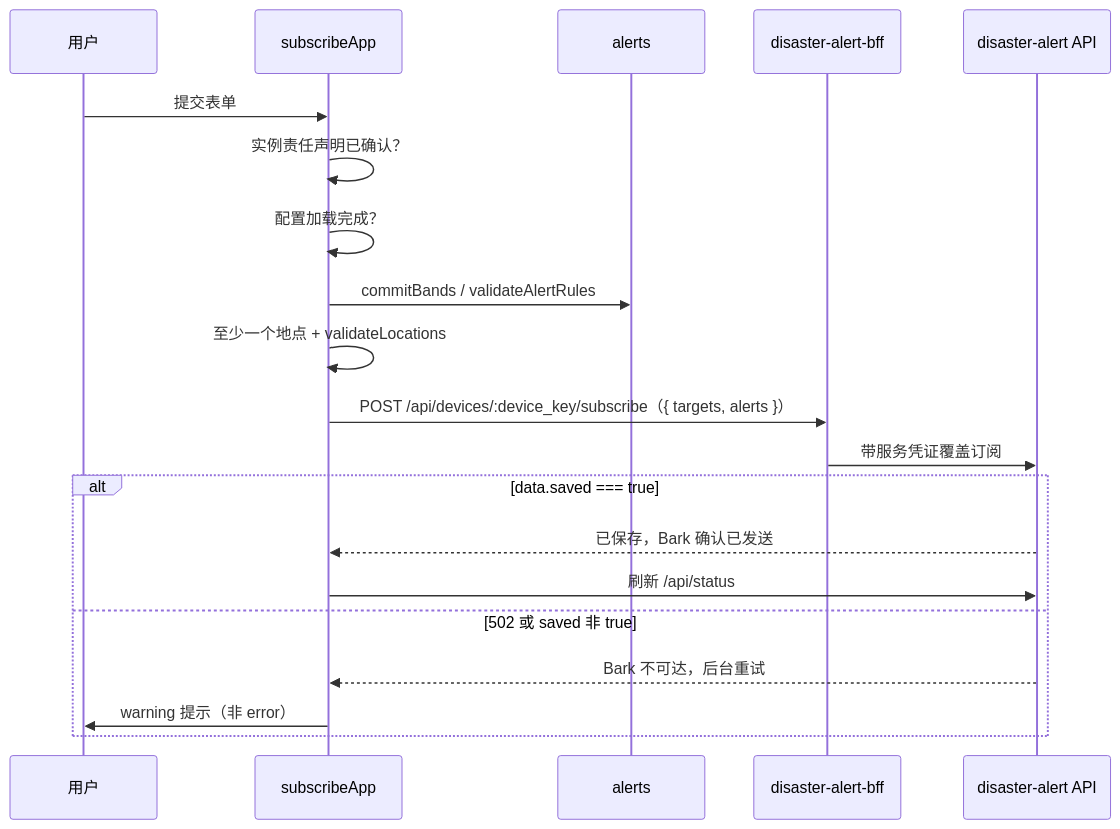
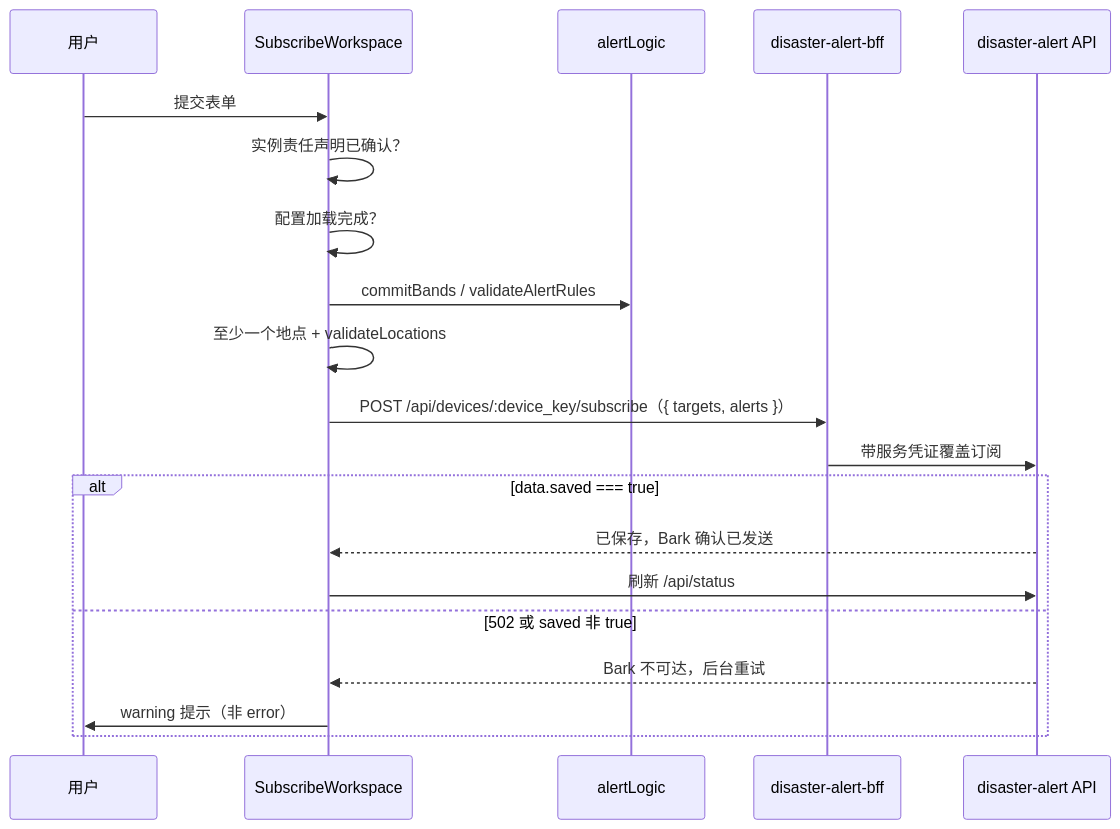
The fifth of 8 diagrams in docs/architecture.md (luyi2008/disaster-alert-web), drawn with Mermaid before and after one commit. The commit also changed other lines of this file and 83 other files, not shown here.

````diff
--- a/docs/architecture.md
+++ b/docs/architecture.md
@@ -258,23 +221,23 @@
 ```mermaid
 sequenceDiagram
     participant U as 用户
-    participant A as subscribeApp
-    participant AL as alerts
+    participant A as SubscribeWorkspace
+    participant AL as alertLogic
     participant BFF as disaster-alert-bff
     participant API as disaster-alert API
 
     U->>A: 提交表单
     A->>A: 实例责任声明已确认？
     A->>A: 配置加载完成？
     A->>AL: commitBands / validateAlertRules
     A->>A: 至少一个地点 + validateLocations
     A->>BFF: POST /api/devices/:device_key/subscribe（{ targets, alerts }）
     BFF->>API: 带服务凭证覆盖订阅
     alt data.saved === true
         API-->>A: 已保存，Bark 确认已发送
         A->>API: 刷新 /api/status
     else 502 或 saved 非 true
         API-->>A: Bark 不可达，后台重试
         A->>U: warning 提示（非 error）
     end
 ```
````
